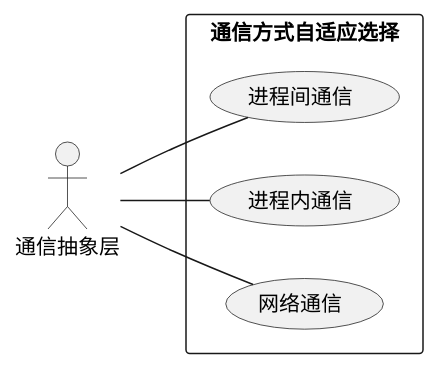
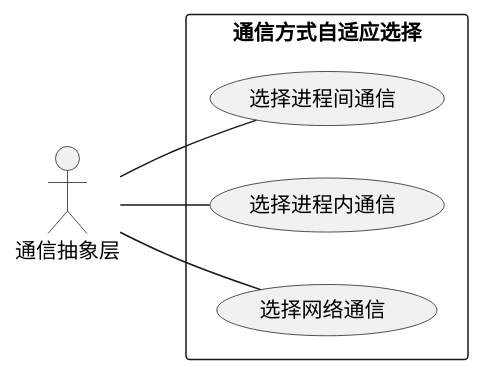
Before and after one commit to woshigerunze/new_paper: the diagram in uml/adaptive_communication_yongli.wsd, drawn with PlantUML. The commit also changed 8 other files, not shown here.

```diff
--- a/uml/adaptive_communication_yongli.wsd
+++ b/uml/adaptive_communication_yongli.wsd
@@ -1,11 +1,11 @@
 @startuml
 left to right direction
 skinparam packageStyle rectangle
 actor 通信抽象层
 rectangle 通信方式自适应选择 {
-通信抽象层 -- (进程间通信)
-通信抽象层 -- (进程内通信)
-通信抽象层 -- (网络通信)
+通信抽象层 -- (选择进程间通信)
+通信抽象层 -- (选择进程内通信)
+通信抽象层 -- (选择网络通信)
 }
 
 @enduml
```
